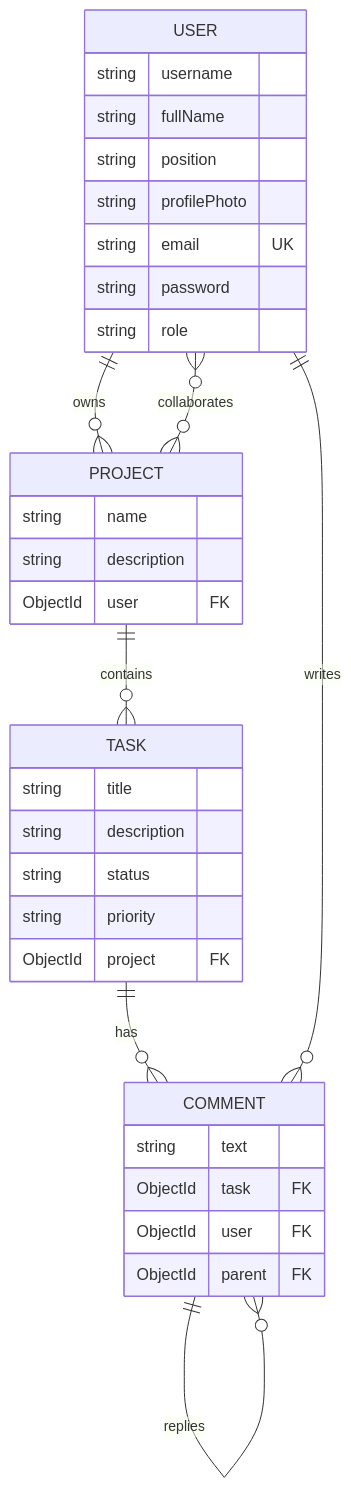
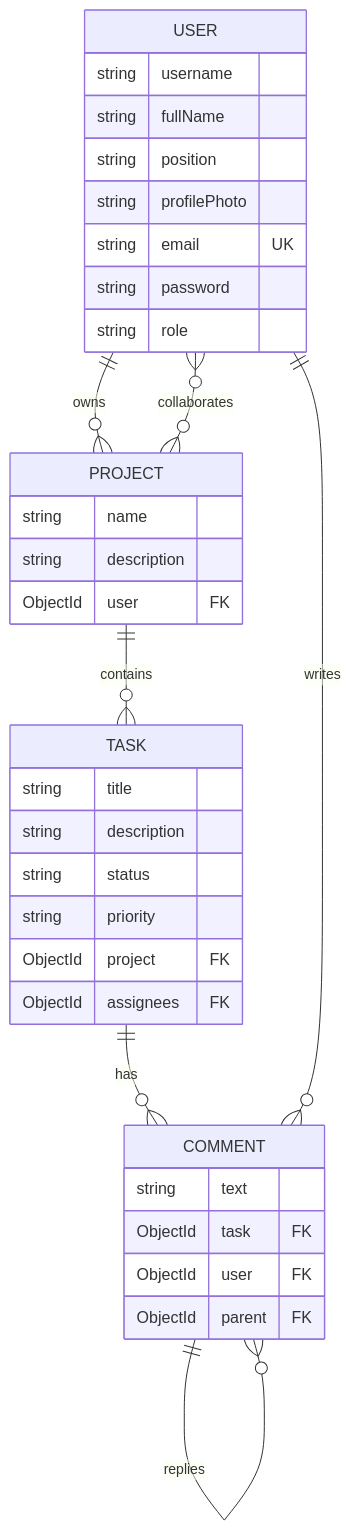
One commit to baldemoussa/Full-Stack-MERN-Application-Pro-Tasker changed the first of 3 diagrams in DOCUMENTATION.md. Above: the diagram before and after it, drawn with Mermaid. The commit also changed other lines of this file and 10 other files, not shown here.

````diff
--- a/DOCUMENTATION.md
+++ b/DOCUMENTATION.md
@@ -207,36 +207,37 @@
 ```mermaid
 erDiagram
   USER ||--o{ PROJECT : owns
   USER }o--o{ PROJECT : collaborates
   PROJECT ||--o{ TASK : contains
   TASK ||--o{ COMMENT : has
   USER ||--o{ COMMENT : writes
   COMMENT ||--o{ COMMENT : replies
   USER {
     string username
     string fullName
     string position
     string profilePhoto
     string email UK
     string password
     string role
   }
   PROJECT {
     string name
     string description
     ObjectId user FK
   }
   TASK {
     string title
     string description
     string status
     string priority
     ObjectId project FK
+    ObjectId assignees FK
   }
   COMMENT {
     string text
     ObjectId task FK
     ObjectId user FK
     ObjectId parent FK
   }
 ```
````
